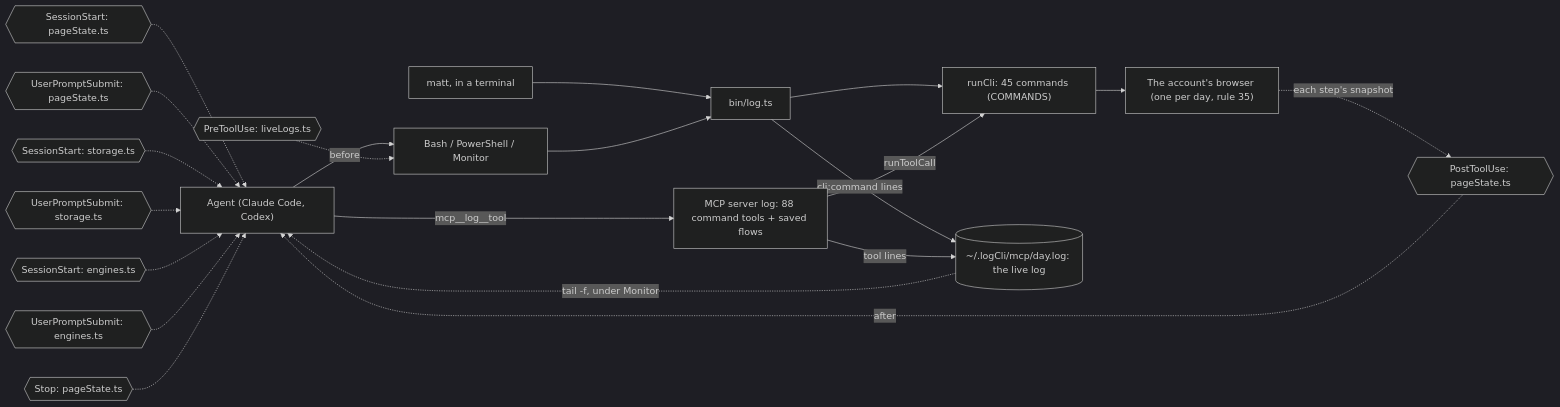
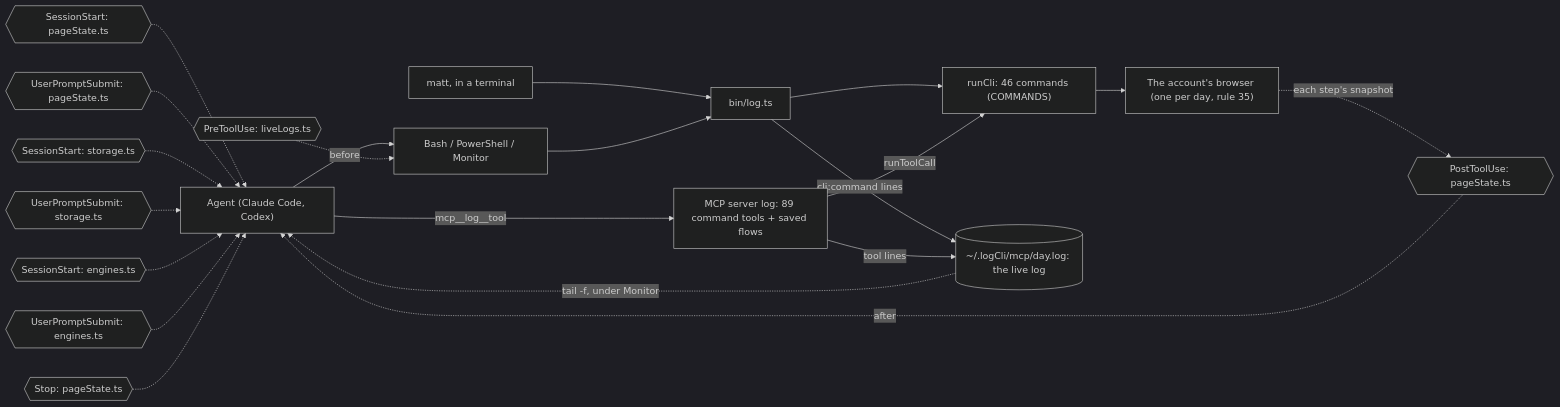
The diagram in docs/diagrams/surface.mmd (matthewdonsemail-lab/log), drawn with Mermaid (dark theme) before and after one commit. The commit also changed 37 other files, not shown here.

```diff
--- a/docs/diagrams/surface.mmd
+++ b/docs/diagrams/surface.mmd
@@ -1,31 +1,31 @@
 %% How a call reaches log-cli. From a shell or over MCP, both run the same commands through `runCli`, write the same live log, and pass through the same hooks.
 %% Written by `bun run docs:build` from the code (rule 56). Not edited by hand.
 flowchart LR
   agent["Agent (Claude Code, Codex)"]
   matt["matt, in a terminal"]
   shell["Bash / PowerShell / Monitor"]
-  mcp["MCP server log: 88 command tools + saved flows"]
+  mcp["MCP server log: 89 command tools + saved flows"]
   bin["bin/log.ts"]
-  runCli["runCli: 45 commands (COMMANDS)"]
+  runCli["runCli: 46 commands (COMMANDS)"]
   live[("~/.logCli/mcp/day.log: the live log")]
   browser["The account's browser (one per day, rule 35)"]
   agent --> shell
   matt --> bin
   shell --> bin
   agent -->|mcp__log__tool| mcp
   bin --> runCli
   mcp -->|runToolCall| runCli
   runCli --> browser
   bin -->|cli:command lines| live
   mcp -->|tool lines| live
   live -.->|tail -f, under Monitor| agent
   pre0{{"PreToolUse: liveLogs.ts"}} -.->|before| shell
   post0{{"PostToolUse: pageState.ts"}} -.->|after| agent
   turn0{{"SessionStart: pageState.ts"}} -.-> agent
   turn1{{"UserPromptSubmit: pageState.ts"}} -.-> agent
   turn2{{"SessionStart: storage.ts"}} -.-> agent
   turn3{{"UserPromptSubmit: storage.ts"}} -.-> agent
   turn4{{"SessionStart: engines.ts"}} -.-> agent
   turn5{{"UserPromptSubmit: engines.ts"}} -.-> agent
   turn6{{"Stop: pageState.ts"}} -.-> agent
   browser -.->|each step's snapshot| post0
```
